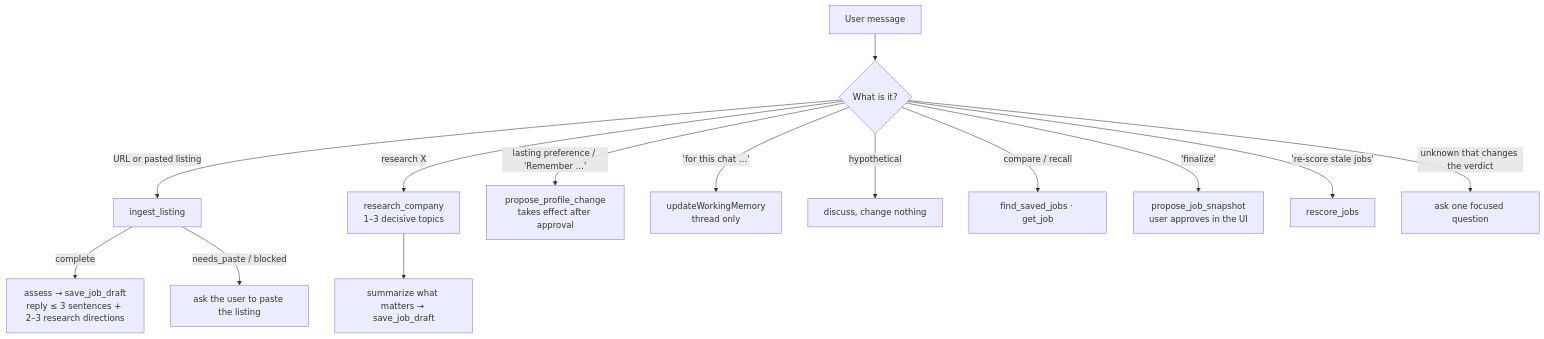
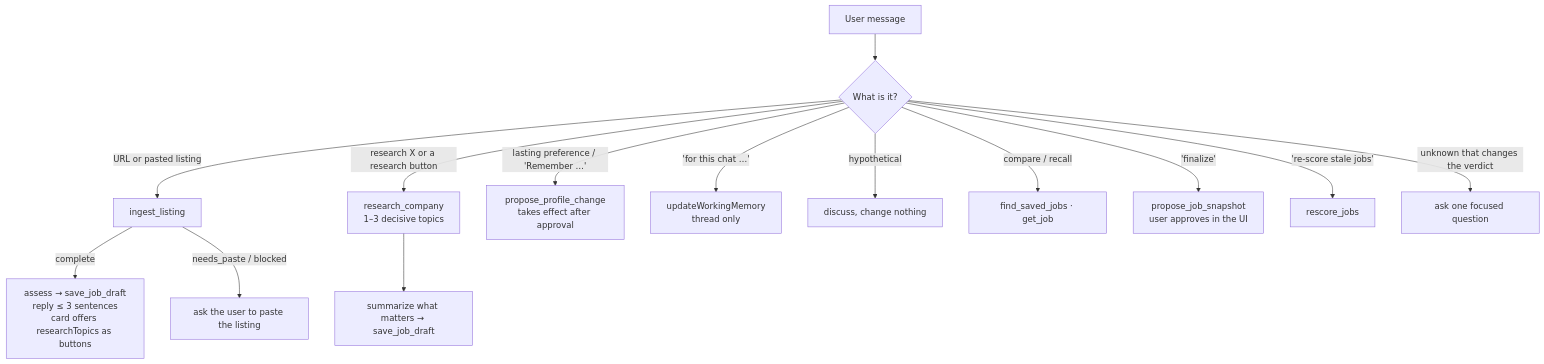
Before and after one commit to pppdns/job-agent-mastra: the third of 13 diagrams in docs/architecture.md, drawn with Mermaid. The commit also changed other lines of this file and 15 other files, not shown here.

First line of the commit message:
Offer research topics as buttons on the assessment card and job page

````diff
--- a/docs/architecture.md
+++ b/docs/architecture.md
@@ -102,16 +102,16 @@
 ```mermaid
 flowchart TD
   M[User message] --> K{What is it?}
   K -->|URL or pasted listing| I[ingest_listing]
-  I -->|complete| D[assess → save_job_draft<br/>reply ≤ 3 sentences + 2–3 research directions]
+  I -->|complete| D[assess → save_job_draft<br/>reply ≤ 3 sentences<br/>card offers researchTopics as buttons]
   I -->|needs_paste / blocked| P[ask the user to paste the listing]
-  K -->|"research X"| R[research_company<br/>1–3 decisive topics]
+  K -->|"research X" or a research button| R[research_company<br/>1–3 decisive topics]
   R --> D2[summarize what matters → save_job_draft]
   K -->|lasting preference / 'Remember …'| PP[propose_profile_change<br/>takes effect after approval]
   K -->|'for this chat …'| WM[updateWorkingMemory<br/>thread only]
   K -->|hypothetical| N[discuss, change nothing]
   K -->|compare / recall| F[find_saved_jobs · get_job]
   K -->|'finalize'| S[propose_job_snapshot<br/>user approves in the UI]
   K -->|'re-score stale jobs'| RS[rescore_jobs]
   K -->|unknown that changes the verdict| Q[ask one focused question]
 ```
````
